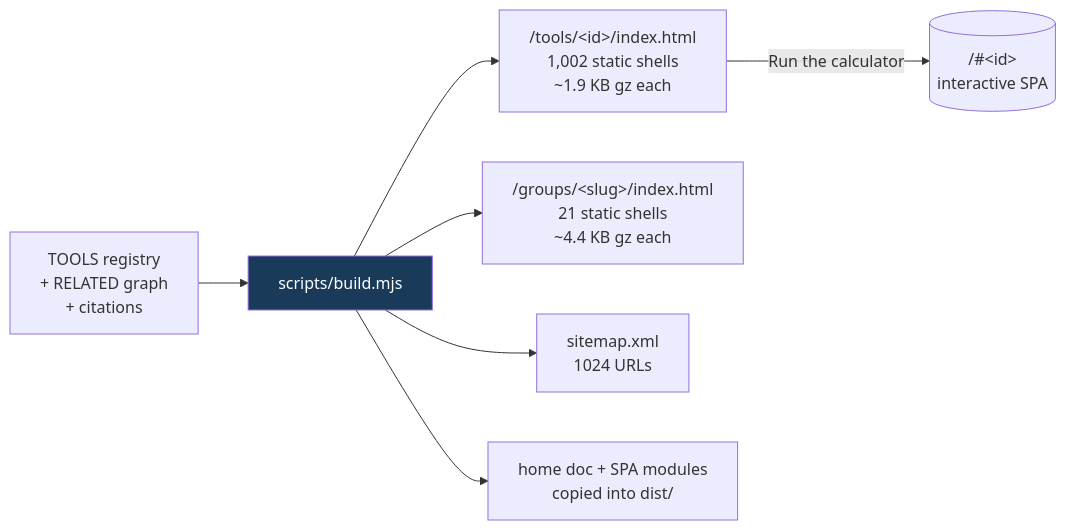
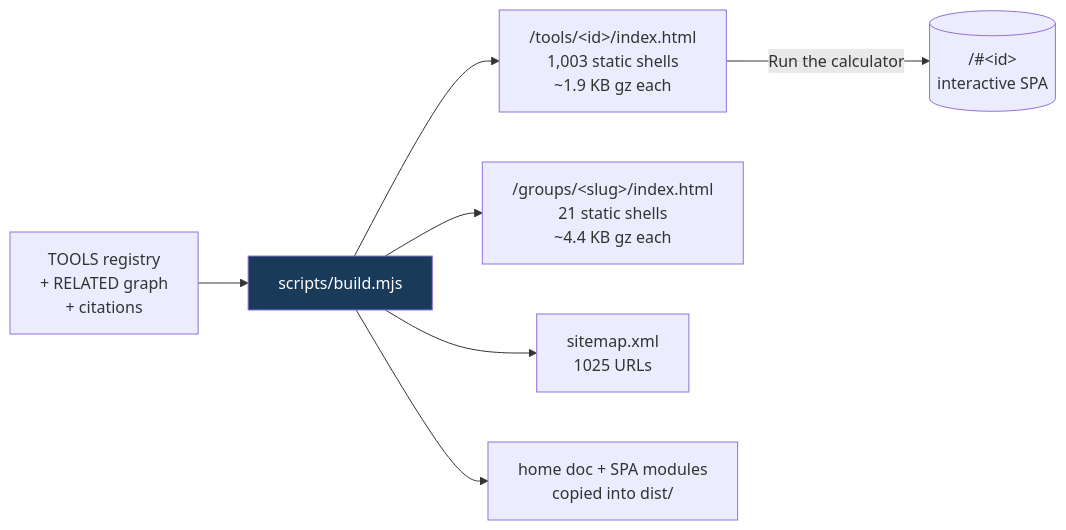
Before and after one commit to clay-good/roughlogic.com: the fifth of 8 diagrams in README.md, drawn with Mermaid. The commit also changed other lines of this file and 12 other files, not shown here.

````diff
--- a/README.md
+++ b/README.md
@@ -495,10 +495,10 @@
 ```mermaid
 flowchart LR
     SRC[TOOLS registry\n+ RELATED graph\n+ citations] --> BUILD[scripts/build.mjs]
-    BUILD --> TILE["/tools/&lt;id&gt;/index.html\n1,002 static shells\n~1.9 KB gz each"]
+    BUILD --> TILE["/tools/&lt;id&gt;/index.html\n1,003 static shells\n~1.9 KB gz each"]
     BUILD --> GROUP["/groups/&lt;slug&gt;/index.html\n21 static shells\n~4.4 KB gz each"]
-    BUILD --> MAP["sitemap.xml\n1024 URLs"]
+    BUILD --> MAP["sitemap.xml\n1025 URLs"]
     BUILD --> COPY[home doc + SPA modules\ncopied into dist/]
     TILE -->|Run the calculator| SPA[("/#&lt;id&gt;\ninteractive SPA")]
     style BUILD fill:#1a3a5a,color:#fff
 ```
````
